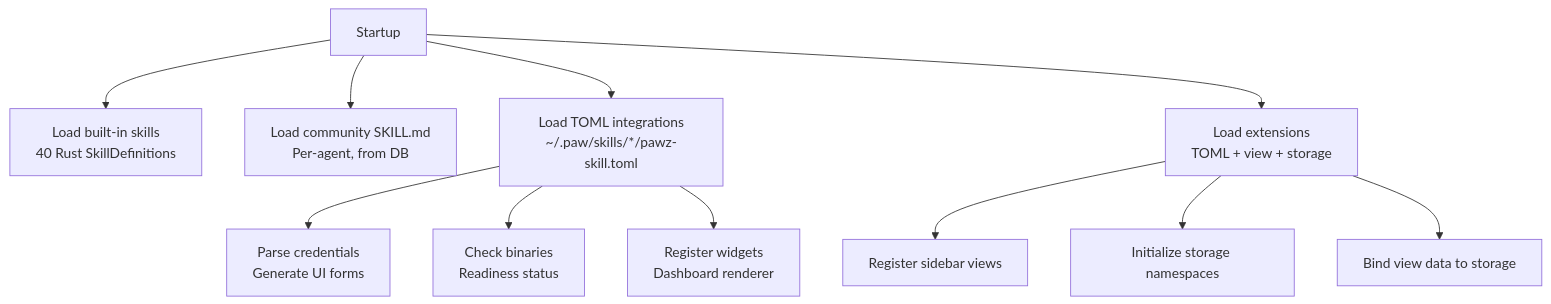
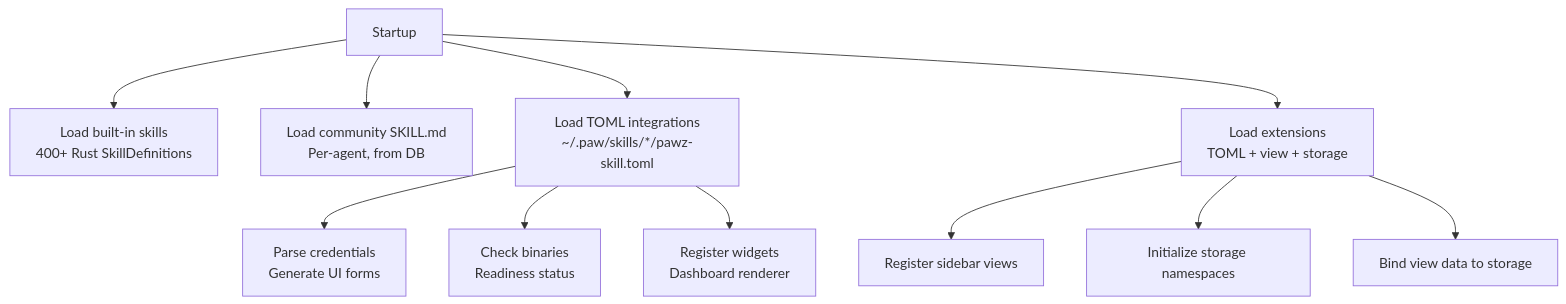
One commit to elisplash/paw changed the first of 3 diagrams in reference/architecture.mdx. Above: the diagram before and after it, drawn with Mermaid. The commit also changed 8 other files, not shown here.

````diff
--- a/reference/architecture.mdx
+++ b/reference/architecture.mdx
@@ -65,13 +65,13 @@
 ```mermaid actions={false}
 graph TD
-    START["Startup"] --> BUILTIN["Load built-in skills\n40 Rust SkillDefinitions"]
+    START["Startup"] --> BUILTIN["Load built-in skills\n400+ Rust SkillDefinitions"]
     START --> COMMUNITY["Load community SKILL.md\nPer-agent, from DB"]
     START --> TOML["Load TOML integrations\n~/.paw/skills/*/pawz-skill.toml"]
     START --> EXT["Load extensions\nTOML + view + storage"]
     TOML --> T1["Parse credentials\nGenerate UI forms"]
     TOML --> T2["Check binaries\nReadiness status"]
     TOML --> T3["Register widgets\nDashboard renderer"]
     EXT --> E1["Register sidebar views"]
     EXT --> E2["Initialize storage namespaces"]
     EXT --> E3["Bind view data to storage"]
 ```
````
